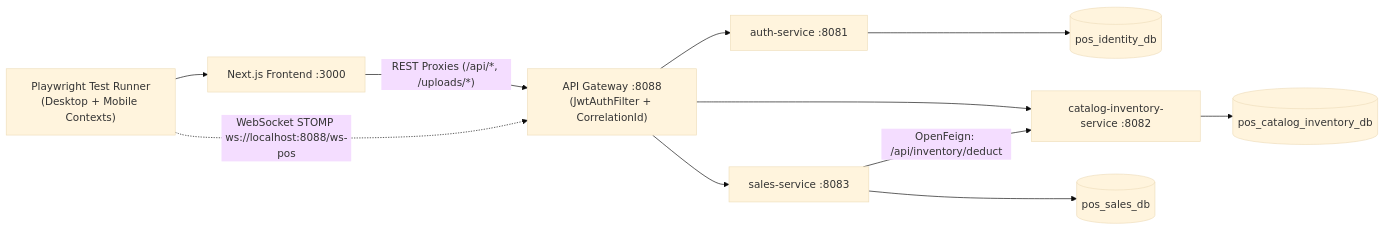
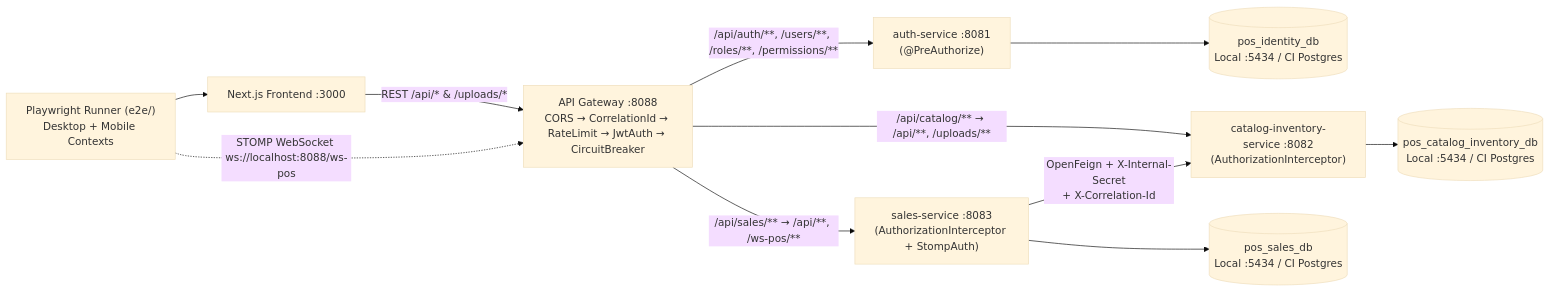
Before and after one commit to poromvp/Smart-POS: the first of 2 diagrams in docs/testing/ke-hoach-e2e-test.md, drawn with Mermaid (base theme). The commit also changed other lines of this file and 38 other files, not shown here.

````diff
--- a/docs/testing/ke-hoach-e2e-test.md
+++ b/docs/testing/ke-hoach-e2e-test.md
@@ -46,13 +28,16 @@
 ```mermaid
 flowchart LR
-    PW["Playwright Test Runner\n(Desktop + Mobile Contexts)"] --> FE["Next.js Frontend :3000"]
-    FE -->|"REST Proxies (/api/*, /uploads/*)"| GW["API Gateway :8088\n(JwtAuthFilter + CorrelationId)"]
-    PW -.->|"WebSocket STOMP ws://localhost:8088/ws-pos"| GW
-    GW --> AUTH["auth-service :8081"]
-    GW --> CAT["catalog-inventory-service :8082"]
-    GW --> SALES["sales-service :8083"]
-    SALES -->|"OpenFeign: /api/inventory/deduct"| CAT
-    AUTH --> DB1[(pos_identity_db)]
-    CAT --> DB2[(pos_catalog_inventory_db)]
-    SALES --> DB3[(pos_sales_db)]
+    PW["Playwright Runner (e2e/)\nDesktop + Mobile Contexts"] --> FE["Next.js Frontend :3000"]
+    FE -->|"REST /api/* & /uploads/*"| GW["API Gateway :8088\nCORS → CorrelationId → RateLimit → JwtAuth → CircuitBreaker"]
+    PW -.->|"STOMP WebSocket ws://localhost:8088/ws-pos"| GW
+
+    GW -->|"/api/auth/**, /users/**, /roles/**, /permissions/**"| AUTH["auth-service :8081\n(@PreAuthorize)"]
+    GW -->|"/api/catalog/** → /api/**, /uploads/**"| CAT["catalog-inventory-service :8082\n(AuthorizationInterceptor)"]
+    GW -->|"/api/sales/** → /api/**, /ws-pos/**"| SALES["sales-service :8083\n(AuthorizationInterceptor + StompAuth)"]
+
+    SALES -->|"OpenFeign + X-Internal-Secret\n+ X-Correlation-Id"| CAT
+
+    AUTH --> DB1[("pos_identity_db\nLocal :5434 / CI Postgres")]
+    CAT --> DB2[("pos_catalog_inventory_db\nLocal :5434 / CI Postgres")]
+    SALES --> DB3[("pos_sales_db\nLocal :5434 / CI Postgres")]
 ```
````
